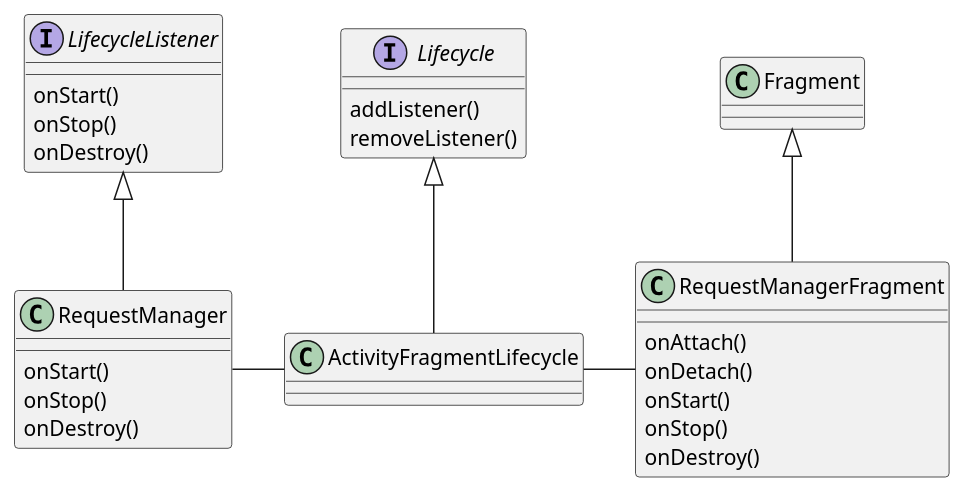
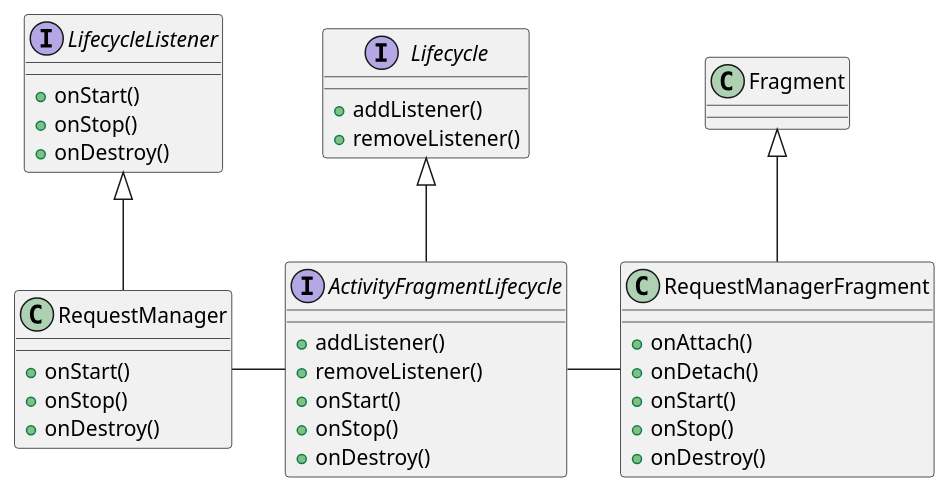
Before and after one commit to sofina/MyDemo: the diagram in app/src/main/a.puml, drawn with PlantUML. The commit also changed 9 other files, not shown here.

```diff
--- a/app/src/main/a.puml
+++ b/app/src/main/a.puml
@@ -1,44 +1,52 @@
 @startuml
 
 
 class RequestManager
 class ActivityFragmentLifecycle
 class RequestManagerFragment
 interface Lifecycle
 interface LifecycleListener
 
 LifecycleListener <|-- RequestManager
 Lifecycle <|-- ActivityFragmentLifecycle
 Fragment <|-- RequestManagerFragment
 ActivityFragmentLifecycle -right- RequestManagerFragment
 RequestManager -right- ActivityFragmentLifecycle
 
 
 interface Lifecycle {
-addListener()
-removeListener()
++addListener()
++removeListener()
+}
+
+interface ActivityFragmentLifecycle {
++addListener()
++removeListener()
++onStart()
++onStop()
++onDestroy()
 }
 
 interface LifecycleListener {
-onStart()
-onStop()
-onDestroy()
++onStart()
++onStop()
++onDestroy()
 }
 
 class RequestManager {
-onStart()
-onStop()
-onDestroy()
++onStart()
++onStop()
++onDestroy()
 }
 
 class RequestManagerFragment {
-onAttach()
-onDetach()
-onStart()
-onStop()
-onDestroy()
++onAttach()
++onDetach()
++onStart()
++onStop()
++onDestroy()
 }
 
 
 
 @enduml
```
